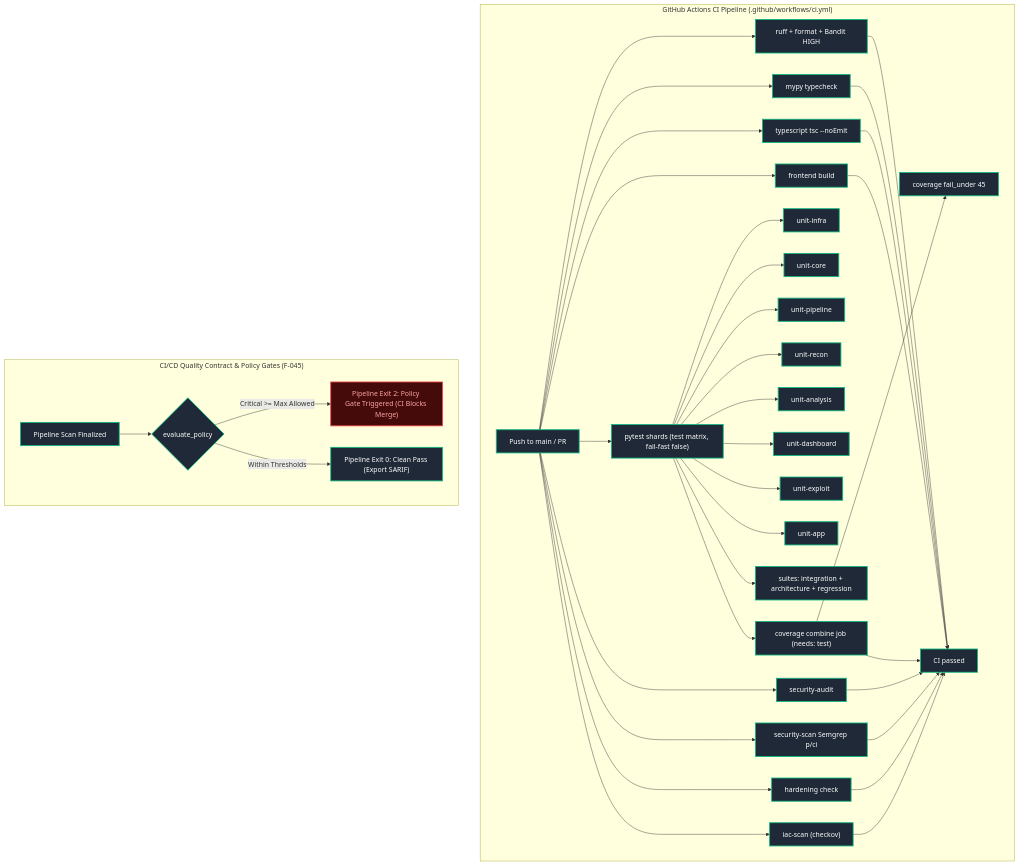
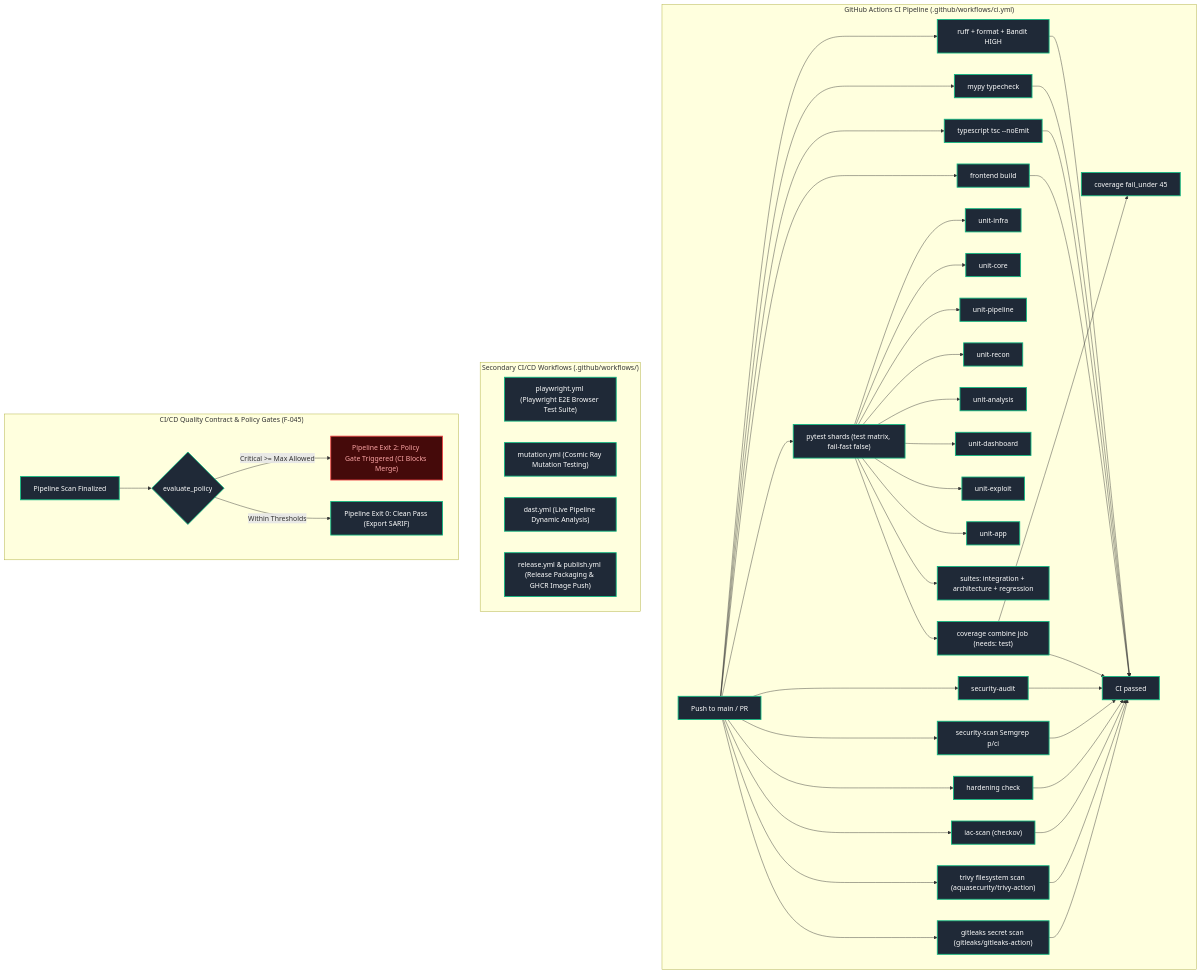
One commit to AviralGup7/Singularity-Zero changed diagram 13 of 16 in docs/flowchart.md. Above: the diagram before and after it, drawn with Mermaid. The commit also changed other lines of this file and 30 other files, not shown here.

First line of the commit message:
feat: implement Category 1 and Category 3 architectural enhancements and update Flowchart Atlas

````diff
--- a/docs/flowchart.md
+++ b/docs/flowchart.md
@@ -1206,39 +1348,48 @@
 ```mermaid
 flowchart TD
     classDef impl fill:#1f2937,stroke:#10b981,stroke-width:2px,color:#fff;
     classDef singleNode fill:#1e293b,stroke:#0ea5e9,stroke-width:1px,stroke-dasharray:3 3,color:#fff;
     classDef library fill:#334155,stroke:#64748b,stroke-width:1px,color:#fff;
     classDef specOnly fill:#1e1b4b,stroke:#818cf8,stroke-width:1px,stroke-dasharray:4 4,color:#fff;
     classDef vacuous fill:#27272a,stroke:#71717a,stroke-width:1px,color:#a1a1aa;
     classDef forbidden fill:#450a0a,stroke:#ef4444,stroke-width:2px,color:#fca5a5;
 
     subgraph CI_Pipeline["GitHub Actions CI Pipeline (.github/workflows/ci.yml)"]
         Push["Push to main / PR"]:::impl --> Lint["ruff + format + Bandit HIGH"]:::impl
         Push --> Mypy["mypy typecheck"]:::impl
         Push --> TS["typescript tsc --noEmit"]:::impl
         Push --> FE["frontend build"]:::impl
         Push --> Shards["pytest shards (test matrix, fail-fast false)"]:::impl
         Push --> Audit["security-audit"]:::impl
         Push --> Scan["security-scan Semgrep p/ci"]:::impl
         Push --> Hard["hardening check"]:::impl
         Push --> Iac["iac-scan (checkov)"]:::impl
+        Push --> Trivy["trivy filesystem scan (aquasecurity/trivy-action)"]:::impl
+        Push --> GitLeaks["gitleaks secret scan (gitleaks/gitleaks-action)"]:::impl
         Shards --> Infra["unit-infra"]:::impl
         Shards --> Core["unit-core"]:::impl
         Shards --> Pipe["unit-pipeline"]:::impl
         Shards --> Recon["unit-recon"]:::impl
         Shards --> Analysis["unit-analysis"]:::impl
         Shards --> Dash["unit-dashboard"]:::impl
         Shards --> Exploit["unit-exploit"]:::impl
         Shards --> App["unit-app"]:::impl
         Shards --> Suites["suites: integration + architecture + regression"]:::impl
         Shards --> Combine["coverage combine job (needs: test)"]:::impl
         Combine --> Cov["coverage fail_under 45"]:::impl
-        Lint & Mypy & TS & FE & Combine & Audit & Scan & Hard & Iac --> Ok["CI passed"]:::impl
+        Lint & Mypy & TS & FE & Combine & Audit & Scan & Hard & Iac & Trivy & GitLeaks --> Ok["CI passed"]:::impl
+    end
+
+    subgraph SecondaryWorkflows["Secondary CI/CD Workflows (.github/workflows/)"]
+        PlaywrightWF["playwright.yml (Playwright E2E Browser Test Suite)"]:::impl
+        MutationWF["mutation.yml (Cosmic Ray Mutation Testing)"]:::impl
+        DastWF["dast.yml (Live Pipeline Dynamic Analysis)"]:::impl
+        ReleaseWF["release.yml & publish.yml (Release Packaging & GHCR Image Push)"]:::impl
     end
 
     subgraph PolicyGateSub["CI/CD Quality Contract & Policy Gates (F-045)"]
         ScanDone["Pipeline Scan Finalized"]:::impl --> PolicyGate{"evaluate_policy"}:::impl
         PolicyGate -->|Critical >= Max Allowed| FailExit["Pipeline Exit 2: Policy Gate Triggered (CI Blocks Merge)"]:::forbidden
         PolicyGate -->|Within Thresholds| PassExit["Pipeline Exit 0: Clean Pass (Export SARIF)"]:::impl
     end
 ```
````
